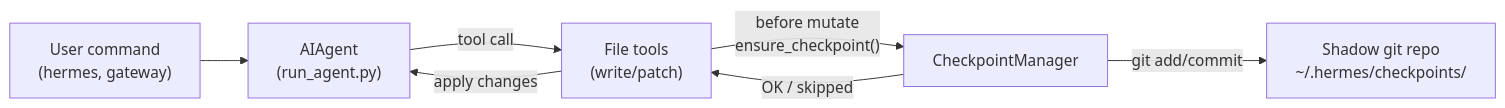
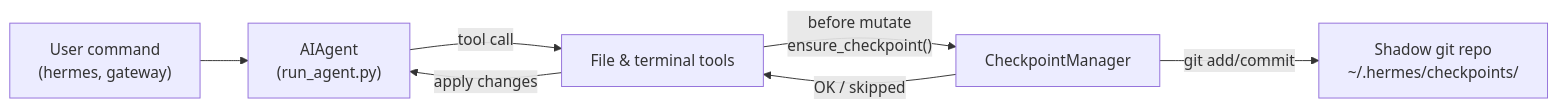
The diagram in website/docs/user-guide/checkpoints-and-rollback.md (NousResearch/hermes-agent), drawn with Mermaid before and after one commit. The commit also changed other lines of this file and 1 other file, not shown here.

````diff
--- a/website/docs/user-guide/checkpoints-and-rollback.md
+++ b/website/docs/user-guide/checkpoints-and-rollback.md
@@ -37,15 +42,15 @@
 ```mermaid
 flowchart LR
   user["User command\n(hermes, gateway)"]
   agent["AIAgent\n(run_agent.py)"]
-  tools["File tools\n(write/patch)"]
+  tools["File & terminal tools"]
   cpMgr["CheckpointManager"]
   shadowRepo["Shadow git repo\n~/.hermes/checkpoints/<hash>"]
 
   user --> agent
   agent -->|"tool call"| tools
   tools -->|"before mutate\nensure_checkpoint()"| cpMgr
   cpMgr -->|"git add/commit"| shadowRepo
   cpMgr -->|"OK / skipped"| tools
   tools -->|"apply changes"| agent
 ```
````
